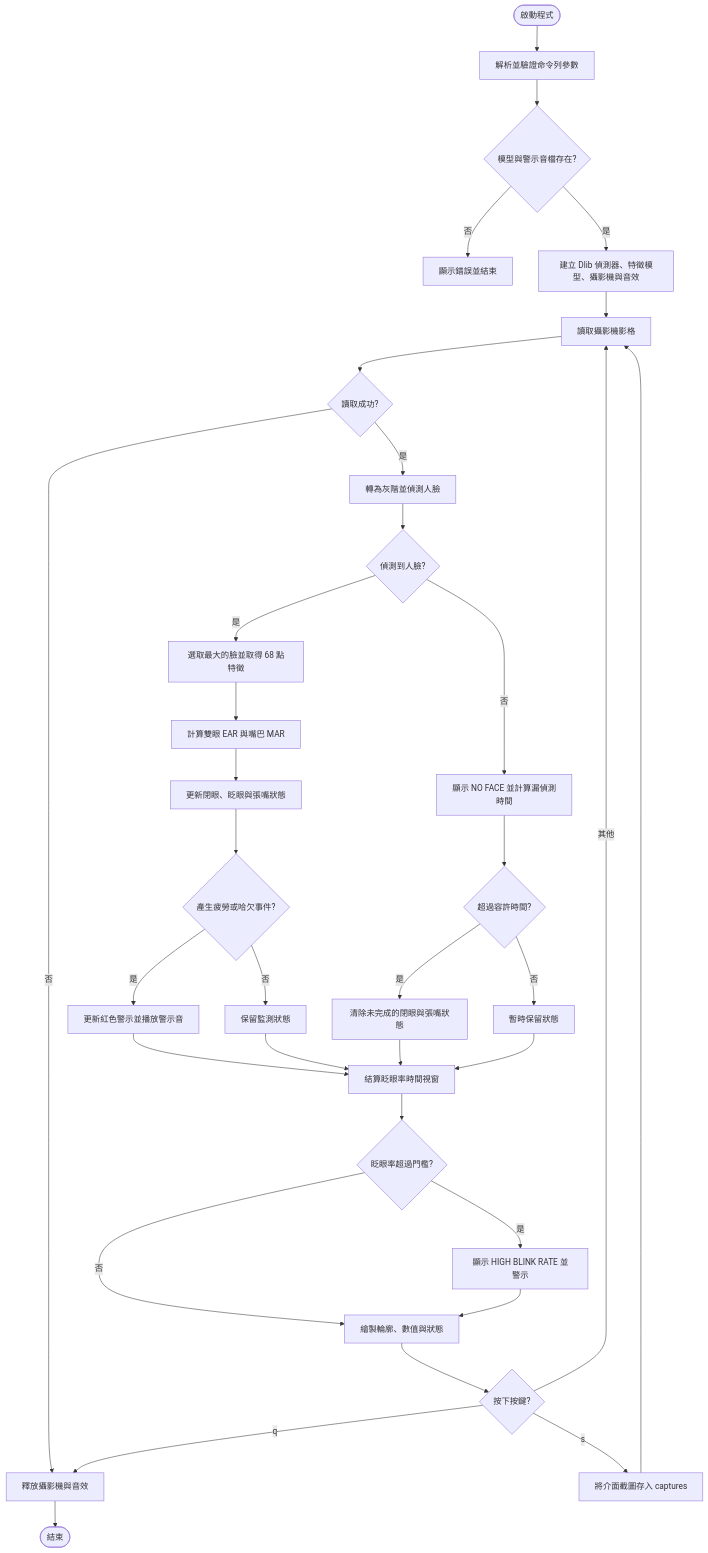
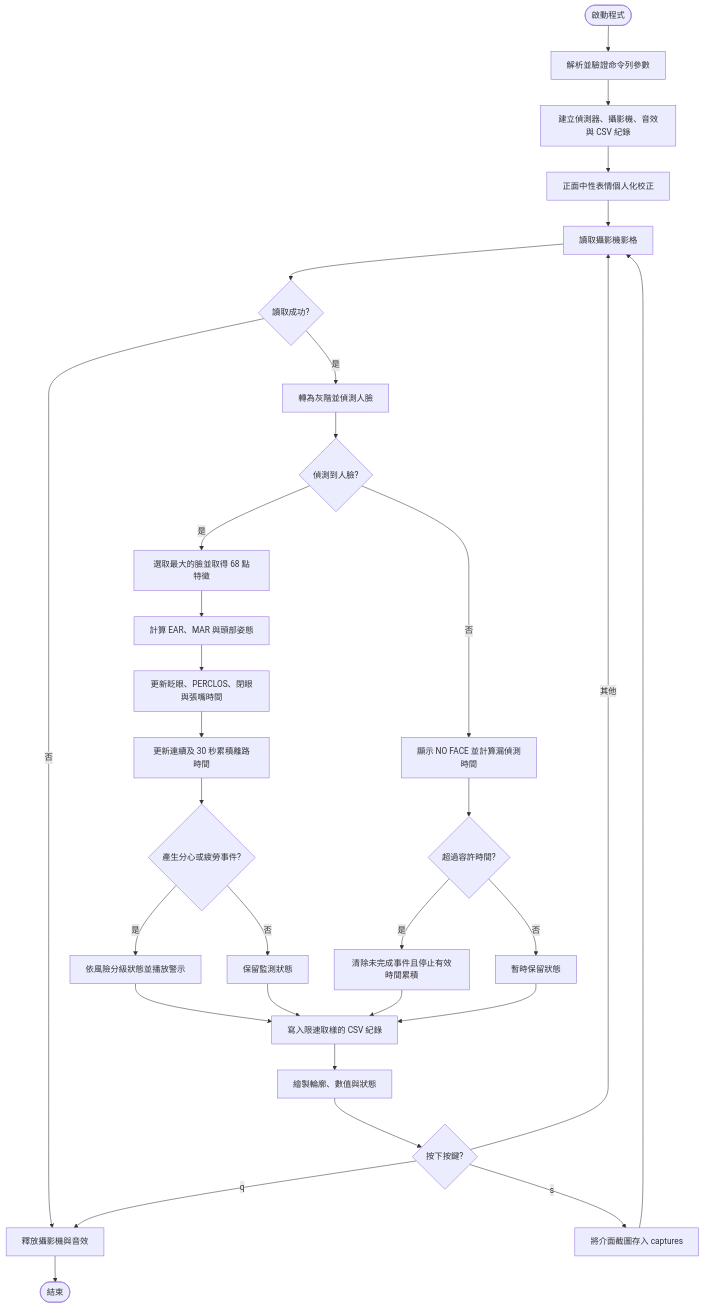
Before and after one commit to s960137/driver-drowsiness-detection: the diagram in README.md, drawn with Mermaid. The commit also changed other lines of this file and 11 other files, not shown here.

````diff
--- a/README.md
+++ b/README.md
@@ -38,36 +46,33 @@
 ```mermaid
 flowchart TD
     A([啟動程式]) --> B[解析並驗證命令列參數]
-    B --> C{模型與警示音檔存在?}
-    C -- 否 --> X[顯示錯誤並結束]
-    C -- 是 --> D[建立 Dlib 偵測器、特徵模型、攝影機與音效]
+    B --> C[建立偵測器、攝影機、音效與 CSV 紀錄]
+    C --> D[正面中性表情個人化校正]
     D --> E[讀取攝影機影格]
     E --> F{讀取成功?}
     F -- 否 --> Y[釋放攝影機與音效]
     F -- 是 --> G[轉為灰階並偵測人臉]
     G --> H{偵測到人臉?}
     H -- 是 --> I[選取最大的臉並取得 68 點特徵]
-    I --> J[計算雙眼 EAR 與嘴巴 MAR]
-    J --> K[更新閉眼、眨眼與張嘴狀態]
-    K --> L{產生疲勞或哈欠事件?}
-    L -- 是 --> M[更新紅色警示並播放警示音]
-    L -- 否 --> N[保留監測狀態]
+    I --> J[計算 EAR、MAR 與頭部姿態]
+    J --> K[更新眨眼、PERCLOS、閉眼與張嘴時間]
+    K --> L[更新連續及 30 秒累積離路時間]
+    L --> M{產生分心或疲勞事件?}
+    M -- 是 --> N[依風險分級狀態並播放警示]
+    M -- 否 --> S[保留監測狀態]
     H -- 否 --> O[顯示 NO FACE 並計算漏偵測時間]
     O --> P{超過容許時間?}
-    P -- 是 --> Q[清除未完成的閉眼與張嘴狀態]
+    P -- 是 --> Q[清除未完成事件且停止有效時間累積]
     P -- 否 --> R[暫時保留狀態]
-    M --> S[結算眨眼率時間視窗]
-    N --> S
-    Q --> S
-    R --> S
-    S --> T{眨眼率超過門檻?}
-    T -- 是 --> U[顯示 HIGH BLINK RATE 並警示]
-    T -- 否 --> V[繪製輪廓、數值與狀態]
-    U --> V
+    N --> T[寫入限速取樣的 CSV 紀錄]
+    S --> T
+    Q --> T
+    R --> T
+    T --> V[繪製輪廓、數值與狀態]
     V --> W{按下按鍵?}
     W -- s --> AA[將介面截圖存入 captures]
     AA --> E
     W -- q --> Y
     W -- 其他 --> E
     Y --> Z([結束])
 ```
````
